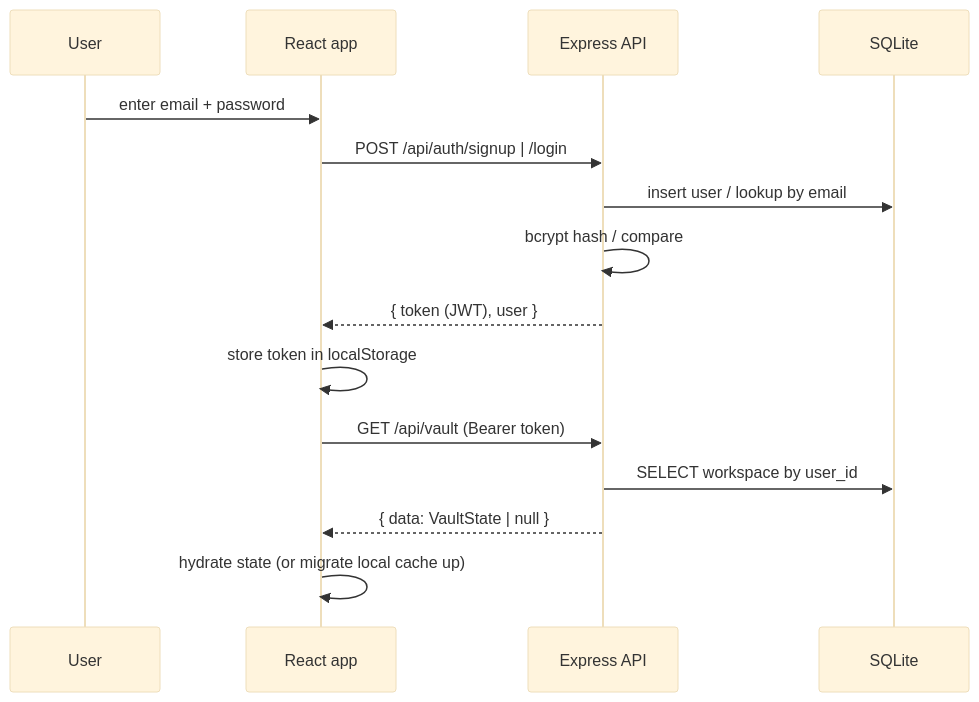
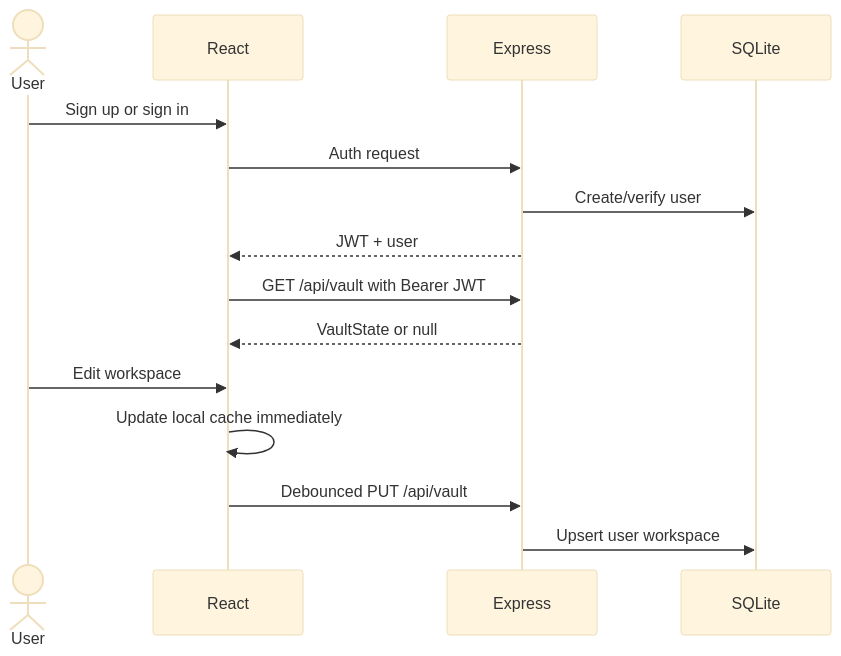
Before and after one commit to Akiirolabs/IOVault: the second of 2 diagrams in docs/architecture.md, drawn with Mermaid (base theme). The commit also changed other lines of this file and 27 other files, not shown here.

````diff
--- a/docs/architecture.md
+++ b/docs/architecture.md
@@ -58,17 +34,17 @@
 ```mermaid
 sequenceDiagram
-  participant U as User
-  participant R as React app
-  participant A as Express API
+  actor U as User
+  participant R as React
+  participant A as Express
   participant D as SQLite
-  U->>R: enter email + password
-  R->>A: POST /api/auth/signup | /login
-  A->>D: insert user / lookup by email
-  A->>A: bcrypt hash / compare
-  A-->>R: { token (JWT), user }
-  R->>R: store token in localStorage
-  R->>A: GET /api/vault (Bearer token)
-  A->>D: SELECT workspace by user_id
-  A-->>R: { data: VaultState | null }
-  R->>R: hydrate state (or migrate local cache up)
+  U->>R: Sign up or sign in
+  R->>A: Auth request
+  A->>D: Create/verify user
+  A-->>R: JWT + user
+  R->>A: GET /api/vault with Bearer JWT
+  A-->>R: VaultState or null
+  U->>R: Edit workspace
+  R->>R: Update local cache immediately
+  R->>A: Debounced PUT /api/vault
+  A->>D: Upsert user workspace
 ```
````
